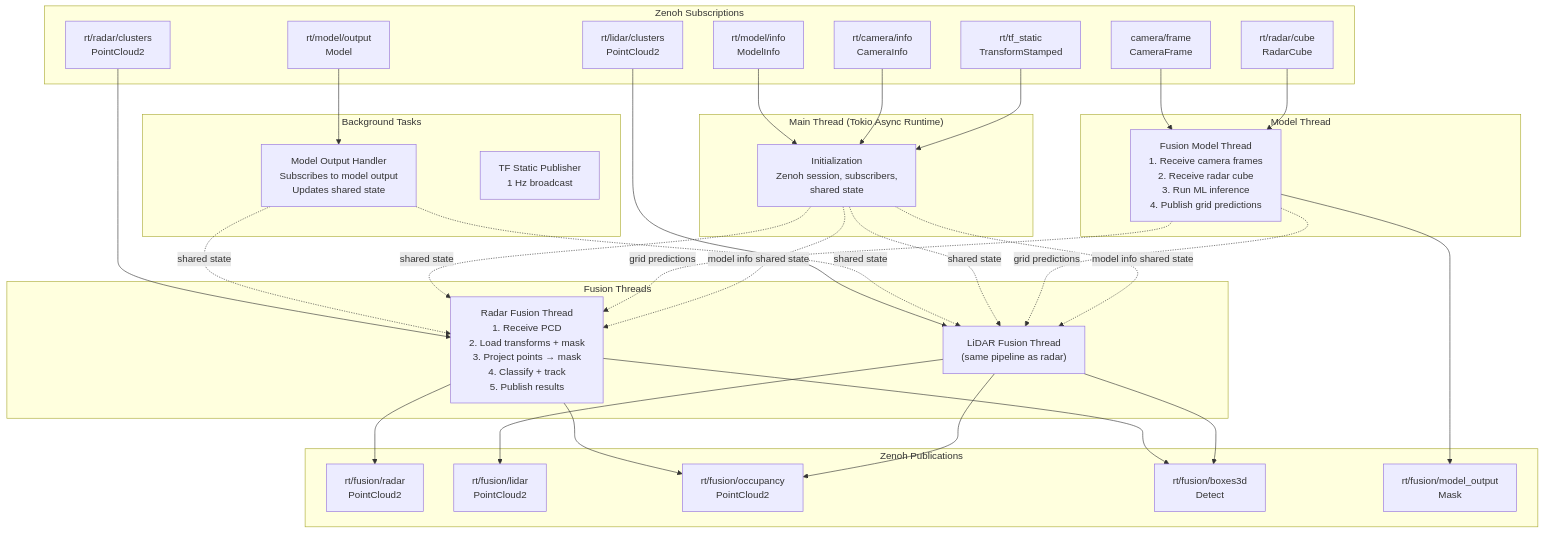
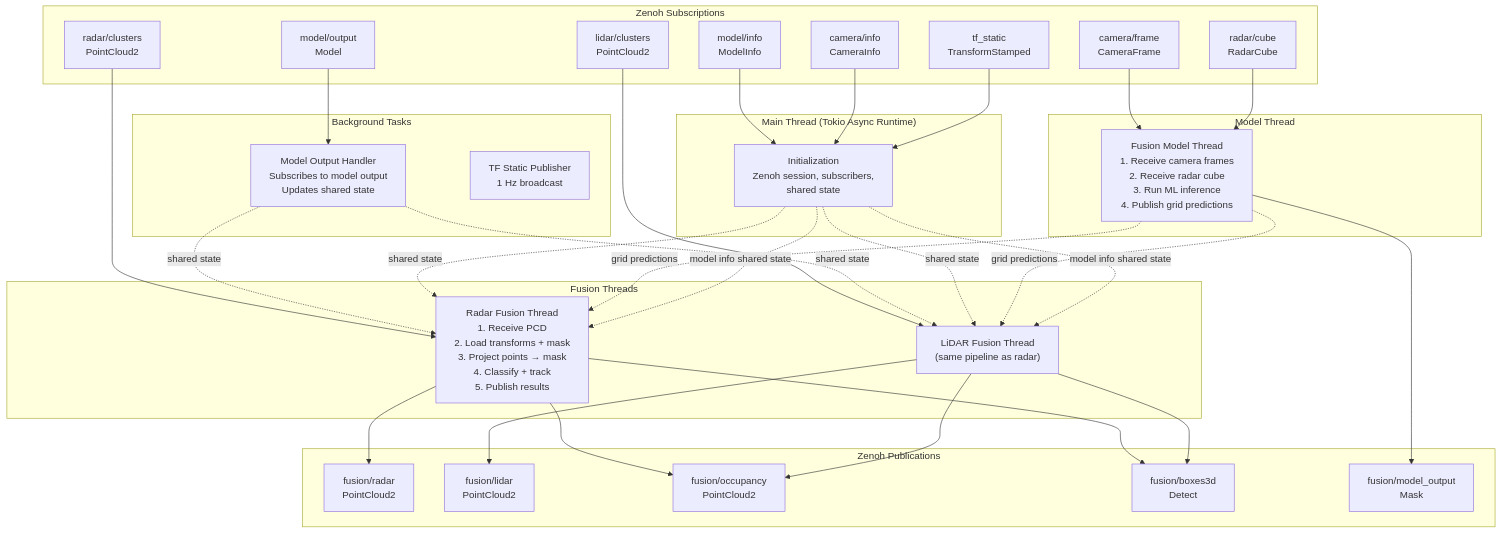
Before and after one commit to EdgeFirstAI/fusion: the first of 2 diagrams in ARCHITECTURE.md, drawn with Mermaid. The commit also changed other lines of this file and 9 other files, not shown here.

````diff
--- a/ARCHITECTURE.md
+++ b/ARCHITECTURE.md
@@ -27,65 +27,65 @@
 ```mermaid
 graph TB
     subgraph "Zenoh Subscriptions"
-        RadarSub["rt/radar/clusters<br/>PointCloud2"]
-        LidarSub["rt/lidar/clusters<br/>PointCloud2"]
+        RadarSub["radar/clusters<br/>PointCloud2"]
+        LidarSub["lidar/clusters<br/>PointCloud2"]
         CameraSub["camera/frame<br/>CameraFrame"]
-        ModelSub["rt/model/output<br/>Model"]
-        InfoSub["rt/camera/info<br/>CameraInfo"]
-        TFSub["rt/tf_static<br/>TransformStamped"]
-        CubeSub["rt/radar/cube<br/>RadarCube"]
-        ModelInfoSub["rt/model/info<br/>ModelInfo"]
+        ModelSub["model/output<br/>Model"]
+        InfoSub["camera/info<br/>CameraInfo"]
+        TFSub["tf_static<br/>TransformStamped"]
+        CubeSub["radar/cube<br/>RadarCube"]
+        ModelInfoSub["model/info<br/>ModelInfo"]
     end
 
     subgraph "Main Thread (Tokio Async Runtime)"
         Init["Initialization<br/>Zenoh session, subscribers,<br/>shared state"]
     end
 
     subgraph "Fusion Threads"
         RadarThread["Radar Fusion Thread<br/>1. Receive PCD<br/>2. Load transforms + mask<br/>3. Project points → mask<br/>4. Classify + track<br/>5. Publish results"]
         LidarThread["LiDAR Fusion Thread<br/>(same pipeline as radar)"]
     end
 
     subgraph "Model Thread"
         ModelThread["Fusion Model Thread<br/>1. Receive camera frames<br/>2. Receive radar cube<br/>3. Run ML inference<br/>4. Publish grid predictions"]
     end
 
     subgraph "Background Tasks"
         ModelTask["Model Output Handler<br/>Subscribes to model output<br/>Updates shared state"]
         TFTask["TF Static Publisher<br/>1 Hz broadcast"]
     end
 
     subgraph "Zenoh Publications"
-        RadarOut["rt/fusion/radar<br/>PointCloud2"]
-        LidarOut["rt/fusion/lidar<br/>PointCloud2"]
-        GridOut["rt/fusion/occupancy<br/>PointCloud2"]
-        BBoxOut["rt/fusion/boxes3d<br/>Detect"]
-        ModelOut["rt/fusion/model_output<br/>Mask"]
+        RadarOut["fusion/radar<br/>PointCloud2"]
+        LidarOut["fusion/lidar<br/>PointCloud2"]
+        GridOut["fusion/occupancy<br/>PointCloud2"]
+        BBoxOut["fusion/boxes3d<br/>Detect"]
+        ModelOut["fusion/model_output<br/>Mask"]
     end
 
     RadarSub --> RadarThread
     LidarSub --> LidarThread
     CameraSub --> ModelThread
     CubeSub --> ModelThread
     ModelSub --> ModelTask
     ModelInfoSub --> Init
     InfoSub --> Init
     TFSub --> Init
 
     RadarThread --> RadarOut
     RadarThread --> GridOut
     RadarThread --> BBoxOut
     LidarThread --> LidarOut
     LidarThread --> GridOut
     LidarThread --> BBoxOut
     ModelThread --> ModelOut
 
     ModelTask -.->|"shared state"| RadarThread
     ModelTask -.->|"shared state"| LidarThread
     Init -.->|"shared state"| RadarThread
     Init -.->|"shared state"| LidarThread
     ModelThread -.->|"grid predictions"| RadarThread
     ModelThread -.->|"grid predictions"| LidarThread
     Init -.->|"model info shared state"| RadarThread
     Init -.->|"model info shared state"| LidarThread
 ```
````
